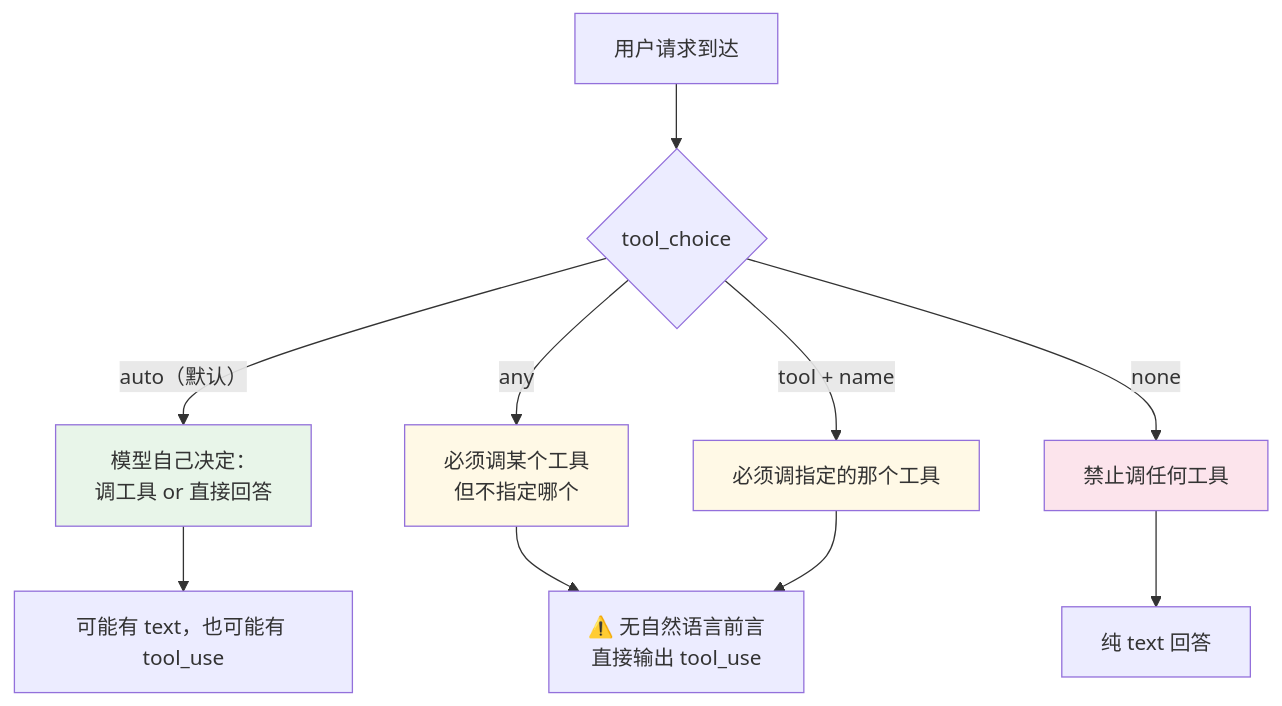
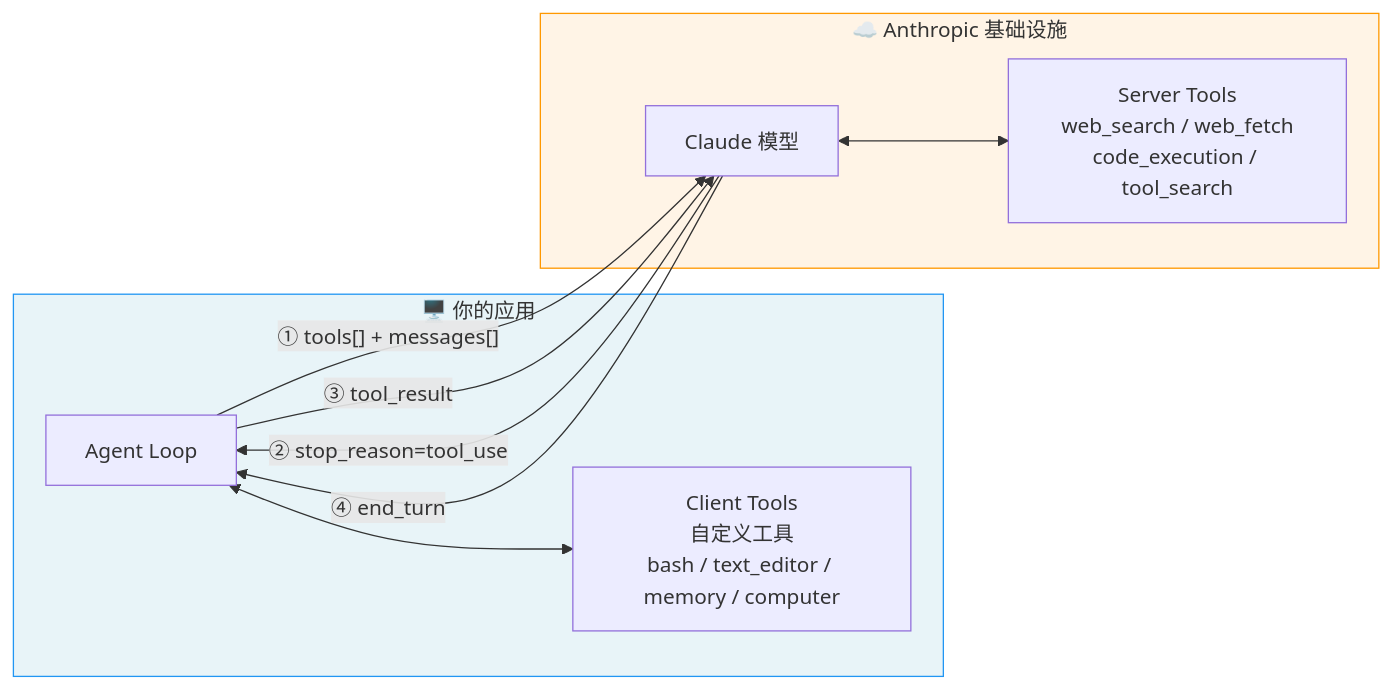
Before and after one commit to caiboyang/ML-learning: the sixth of 6 diagrams in phase3_tool_usage/Tool_Use_Study_Notes.md, drawn with Mermaid. The commit also changed other lines of this file and 1 other file, not shown here.

````diff
--- a/phase3_tool_usage/Tool_Use_Study_Notes.md
+++ b/phase3_tool_usage/Tool_Use_Study_Notes.md
@@ -1440,18 +558,22 @@
 ```mermaid
-flowchart TD
-    Q["用户请求到达"] --> TC{"tool_choice"}
-    TC -->|"auto（默认）"| A["模型自己决定：<br/>调工具 or 直接回答"]
-    TC -->|"any"| B["必须调某个工具<br/>但不指定哪个"]
-    TC -->|"tool + name"| C["必须调指定的那个工具"]
-    TC -->|"none"| D["禁止调任何工具"]
+flowchart LR
+    subgraph YOUR["🖥️ 你的应用"]
+        APP["Agent Loop"]
+        CT["Client Tools<br/>自定义工具<br/>bash / text_editor / memory / computer"]
+        APP <--> CT
+    end
 
-    A --> R1["可能有 text，也可能有 tool_use"]
-    B --> R2["⚠️ 无自然语言前言<br/>直接输出 tool_use"]
-    C --> R2
-    D --> R3["纯 text 回答"]
+    subgraph ANTHROPIC["☁️ Anthropic 基础设施"]
+        MODEL["Claude 模型"]
+        ST["Server Tools<br/>web_search / web_fetch<br/>code_execution / tool_search"]
+        MODEL <--> ST
+    end
 
-    style A fill:#e8f5e9
-    style B fill:#fff9e6
-    style C fill:#fff9e6
-    style D fill:#fce4ec
+    APP -->|"① tools[] + messages[]"| MODEL
+    MODEL -->|"② stop_reason=tool_use"| APP
+    APP -->|"③ tool_result"| MODEL
+    MODEL -->|"④ end_turn"| APP
+
+    style YOUR fill:#e8f4f8,stroke:#2196F3
+    style ANTHROPIC fill:#fff4e6,stroke:#FF9800
 ```
````
